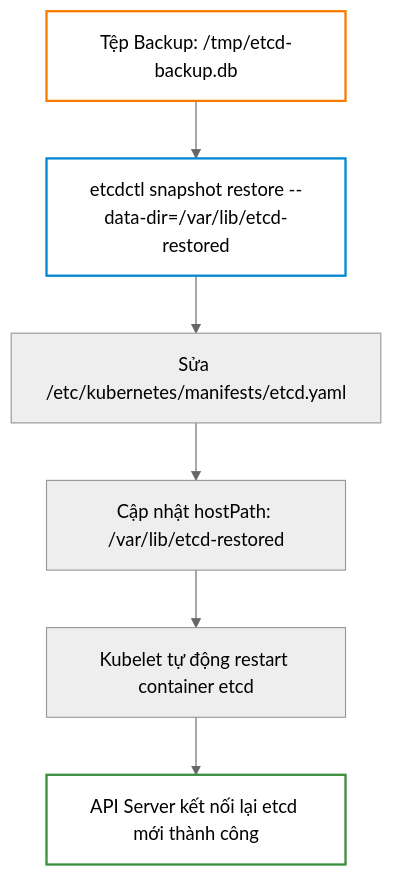
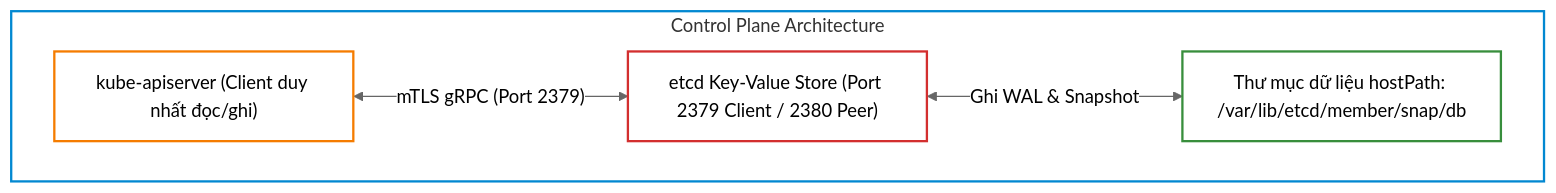
The first of 4 diagrams in _posts/2026-09-12-cka-09-09-etcd-sao-luu-va-phuc-hoi.md (kiennt308/ntk), drawn with Mermaid (neutral theme) before and after one commit. The commit also changed other lines of this file and 39 other files, not shown here.

````diff
--- a/_posts/2026-09-12-cka-09-09-etcd-sao-luu-va-phuc-hoi.md
+++ b/_posts/2026-09-12-cka-09-09-etcd-sao-luu-va-phuc-hoi.md
@@ -225,12 +51,16 @@
 ```mermaid
-graph TD
-    A["Tệp Backup: /tmp/etcd-backup.db"] --> B["etcdctl snapshot restore --data-dir=/var/lib/etcd-restored"]
-    B --> C["Sửa /etc/kubernetes/manifests/etcd.yaml"]
-    C --> D["Cập nhật hostPath: /var/lib/etcd-restored"]
-    D --> E["Kubelet tự động restart container etcd"]
-    E --> F["API Server kết nối lại etcd mới thành công"]
+flowchart TD
+    subgraph Control_Plane ["Control Plane Architecture"]
+        API["kube-apiserver (Client duy nhất đọc/ghi)"]
+        ETCD["etcd Key-Value Store (Port 2379 Client / 2380 Peer)"]
+        DISK["Thư mục dữ liệu hostPath: /var/lib/etcd/member/snap/db"]
+    end
 
-    style A fill:none,stroke:#f57c00,stroke-width:2px
-    style B fill:none,stroke:#0288d1,stroke-width:2px
-    style F fill:none,stroke:#388e3c,stroke-width:2px
+    API <-->|"mTLS gRPC (Port 2379)"| ETCD
+    ETCD <-->|"Ghi WAL & Snapshot"| DISK
+
+    style Control_Plane fill:none,stroke:#0288d1,stroke-width:2px
+    style API fill:none,stroke:#f57c00,stroke-width:2px
+    style ETCD fill:none,stroke:#d32f2f,stroke-width:2px
+    style DISK fill:none,stroke:#388e3c,stroke-width:2px
 ```
````
